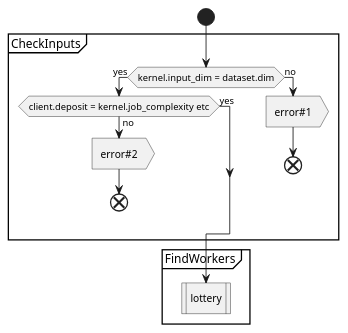
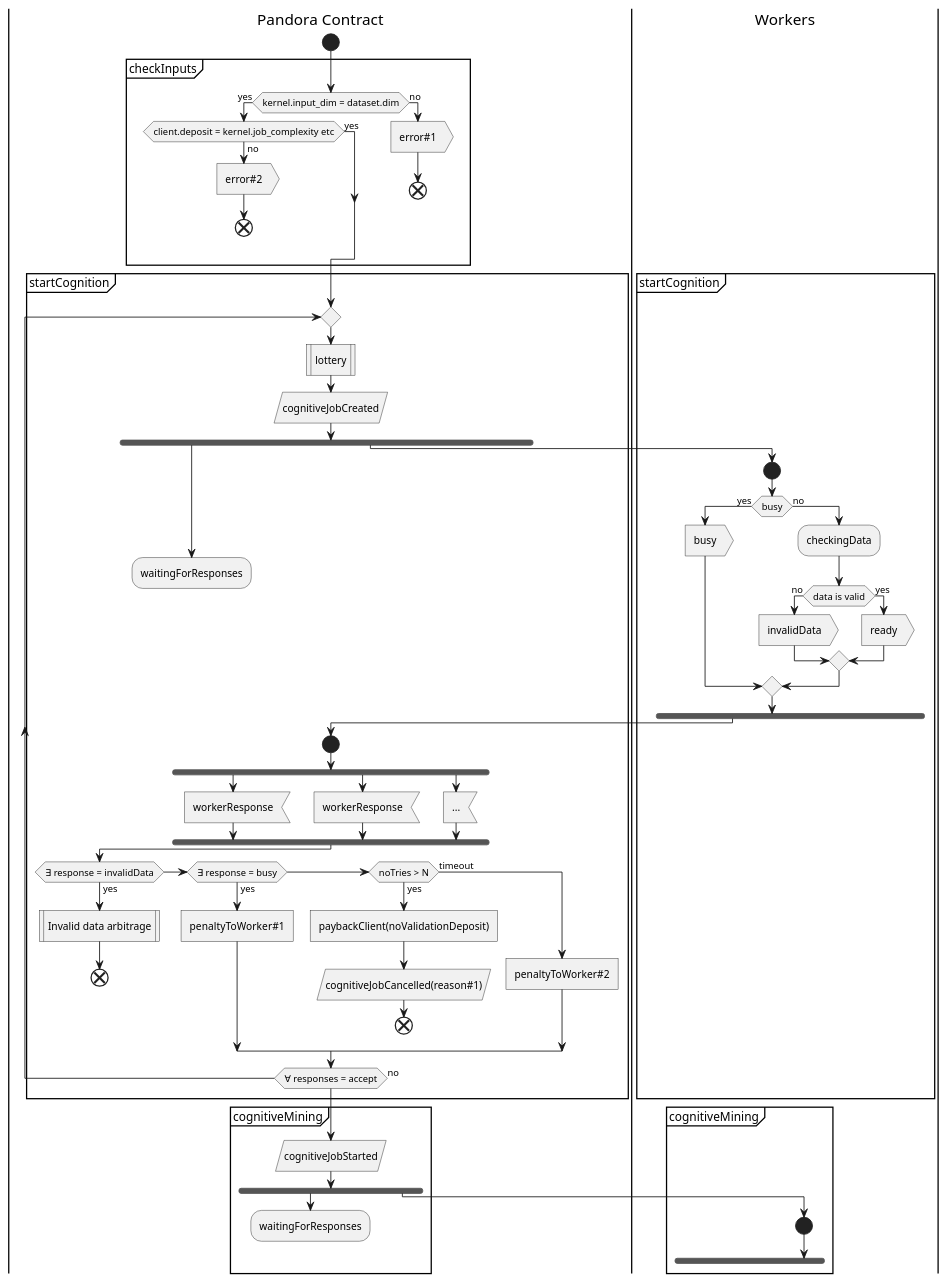
Before and after one commit to pandoraboxchain/pocw-techspecs: the diagram in activity_cognition.plantuml, drawn with PlantUML.

```diff
--- a/activity_cognition.plantuml
+++ b/activity_cognition.plantuml
@@ -1,23 +1,80 @@
 @startuml
 |Pandora Contract|
+|Workers|
 
+|Pandora Contract|
 start
 
-|Pandora Contract|
-partition CheckInputs {
+partition checkInputs {
   if (kernel.input_dim = dataset.dim) then (yes)
     if (client.deposit = kernel.job_complexity etc) then (yes)
     else (no)
       :error#2>
       end
     endif
   else (no)
     :error#1>
     end
   endif
 }
 
-partition FindWorkers {
-  :lottery|
+partition startCognition {
+  repeat
+
+    :lottery|
+    :cognitiveJobCreated/
+    fork
+      :waitingForResponses;
+      detach
+    fork again
+      |Workers|
+      start
+      if (busy) then (yes)
+        :busy>
+      else (no)
+        :checkingData;
+        if (data is valid) then (no)
+          :invalidData>
+        else (yes)
+          :ready>
+        endif
+      endif
+
+    end fork
+
+    |Pandora Contract|
+    start
+    fork
+      :workerResponse<
+    fork again
+      :workerResponse<
+    fork again
+      :...<
+    end fork
+
+    if (∃ response = invalidData) then (yes)
+      :Invalid data arbitrage|
+      end
+    elseif (∃ response = busy) then (yes)
+      :penaltyToWorker#1]
+    elseif (noTries > N) then (yes)
+      :paybackClient(noValidationDeposit)]
+      :cognitiveJobCancelled(reason#1)/
+      end
+    else (timeout)
+      :penaltyToWorker#2]
+    endif
+  repeat while (∀ responses = accept) is (no)
+}
+
+partition cognitiveMining {
+  :cognitiveJobStarted/
+  fork
+    :waitingForResponses;
+    detach
+  fork again
+    |Workers|
+    start
+  end fork
 }
 @enduml
```
